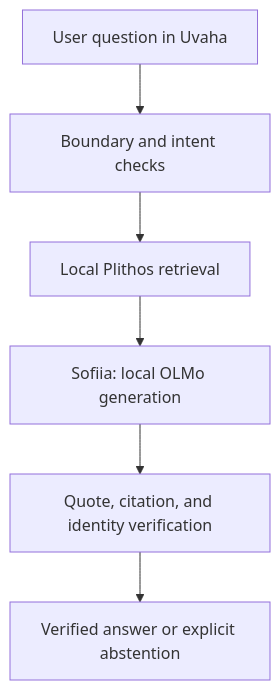
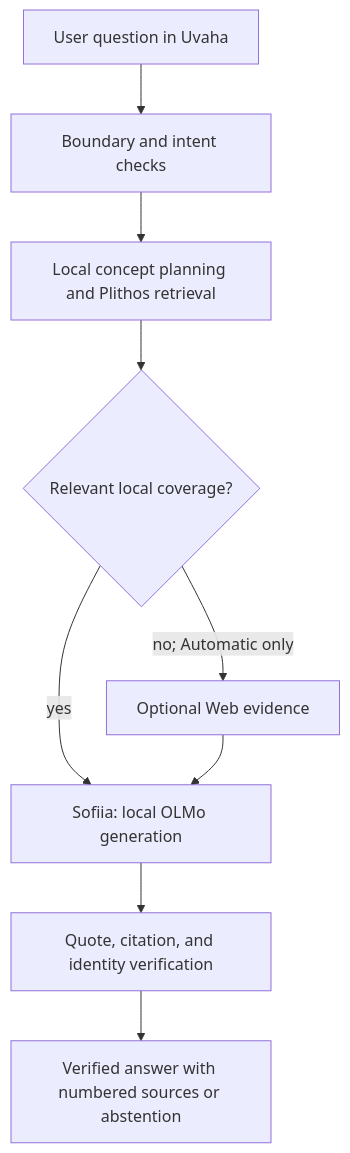
Before and after one commit to plithosorthodox/Orthodox_Intelligence: the diagram in README.md, drawn with Mermaid. The commit also changed other lines of this file and 38 other files, not shown here.

Commit message:
feat: add grounded synthesis web fallback and local chats

````diff
--- a/README.md
+++ b/README.md
@@ -41,8 +45,11 @@
 ```mermaid
 flowchart TD
     Q["User question in Uvaha"] --> B["Boundary and intent checks"]
-    B --> R["Local Plithos retrieval"]
-    R --> M["Sofiia: local OLMo generation"]
+    B --> R["Local concept planning and Plithos retrieval"]
+    R --> G{"Relevant local coverage?"}
+    G -->|yes| M["Sofiia: local OLMo generation"]
+    G -->|no; Automatic only| W["Optional Web evidence"]
+    W --> M
     M --> V["Quote, citation, and identity verification"]
-    V --> A["Verified answer or explicit abstention"]
+    V --> A["Verified answer with numbered sources or abstention"]
 ```
````
